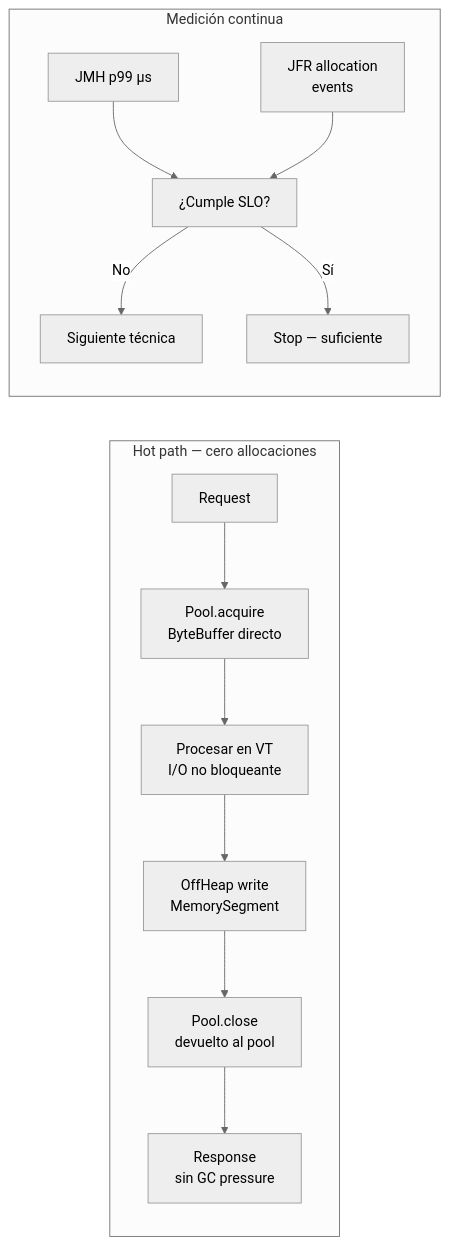
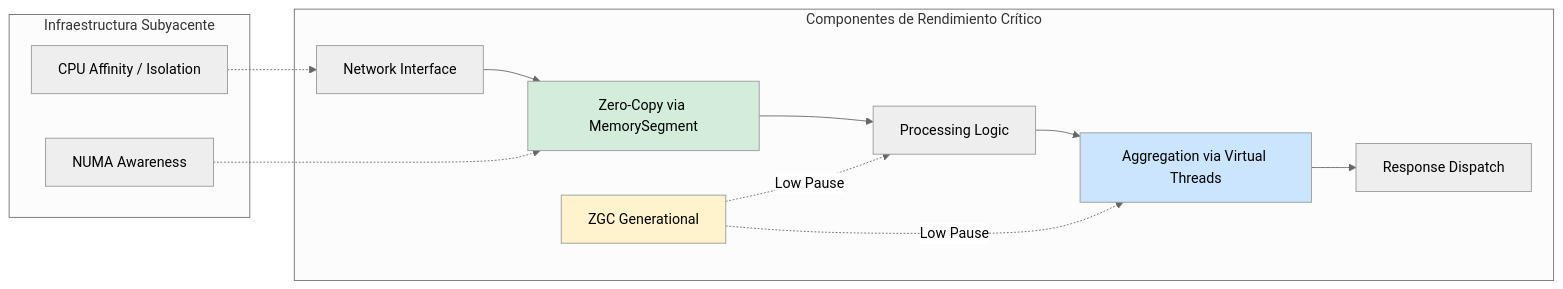
The second of 4 diagrams in 01_Java_Core/optimizacion_de_latencia_en_aplicaciones_java_de_baja_latencia_STAFF.md (Joaquinriosheredia/DAM-Java-Mastery), drawn with Mermaid (neutral theme) before and after one commit. The commit also changed other lines of this file, not shown here.

````diff
--- a/01_Java_Core/optimizacion_de_latencia_en_aplicaciones_java_de_baja_latencia_STAFF.md
+++ b/01_Java_Core/optimizacion_de_latencia_en_aplicaciones_java_de_baja_latencia_STAFF.md
@@ -463,17 +113,22 @@
 ```mermaid
 graph LR
-    subgraph "Hot path — cero allocaciones"
-        REQ[Request] --> POOL_ACQ[Pool.acquire\nByteBuffer directo]
-        POOL_ACQ --> PROC[Procesar en VT\nI/O no bloqueante]
-        PROC --> OFFHEAP[OffHeap write\nMemorySegment]
-        OFFHEAP --> POOL_REL[Pool.close\ndevuelto al pool]
-        POOL_REL --> RESP[Response\nsin GC pressure]
+    subgraph "Componentes de Rendimiento Crítico"
+        NET[Network Interface] --> ZERO_COPY[Zero-Copy via MemorySegment]
+        ZERO_COPY --> PROC[Processing Logic]
+        
+        PROC --> AGG[Aggregation via Virtual Threads]
+        AGG --> RESP[Response Dispatch]
+        
+        GC[ZGC Generational] -.->|Low Pause| PROC
+        GC -.->|Low Pause| AGG
     end
-
-    subgraph "Medición continua"
-        JMH3[JMH p99 µs] --> VALIDATE[¿Cumple SLO?]
-        JFR3[JFR allocation\nevents] --> VALIDATE
-        VALIDATE -->|No| NEXT[Siguiente técnica]
-        VALIDATE -->|Sí| DONE[Stop — suficiente]
+    
+    subgraph "Infraestructura Subyacente"
+        CPU[CPU Affinity / Isolation] -.-> NET
+        MEM[NUMA Awareness] -.-> ZERO_COPY
     end
+    
+    style ZERO_COPY fill:#d4edda
+    style AGG fill:#cce5ff
+    style GC fill:#fff3cd
 ```
````
